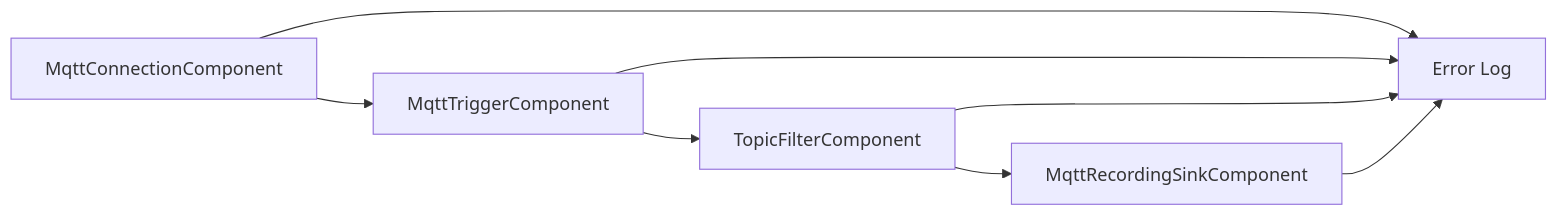
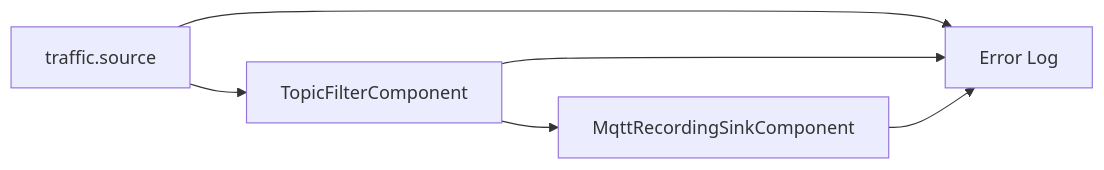
Diagram 16 of 17 in docs/flow-components.md (araxis/FluxMq), drawn with Mermaid before and after one commit. The commit also changed other lines of this file and 13 other files, not shown here.

````diff
--- a/docs/flow-components.md
+++ b/docs/flow-components.md
@@ -525,10 +590,8 @@
 ```mermaid
 flowchart LR
-    Connection["MqttConnectionComponent"] --> Trigger["MqttTriggerComponent"]
-    Trigger --> Filter["TopicFilterComponent"]
+    Source["traffic.source"] --> Filter["TopicFilterComponent"]
     Filter --> Record["MqttRecordingSinkComponent"]
-    Connection --> ErrorLog["Error Log"]
-    Trigger --> ErrorLog
+    Source --> ErrorLog["Error Log"]
     Filter --> ErrorLog
     Record --> ErrorLog
 ```
````
